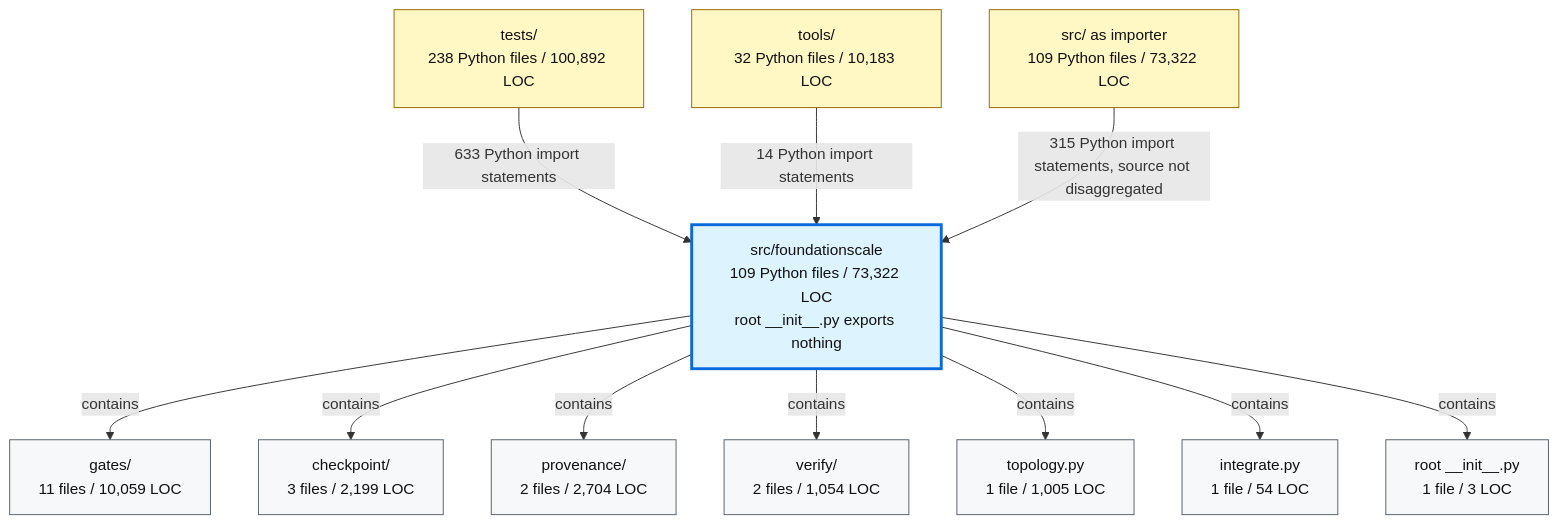
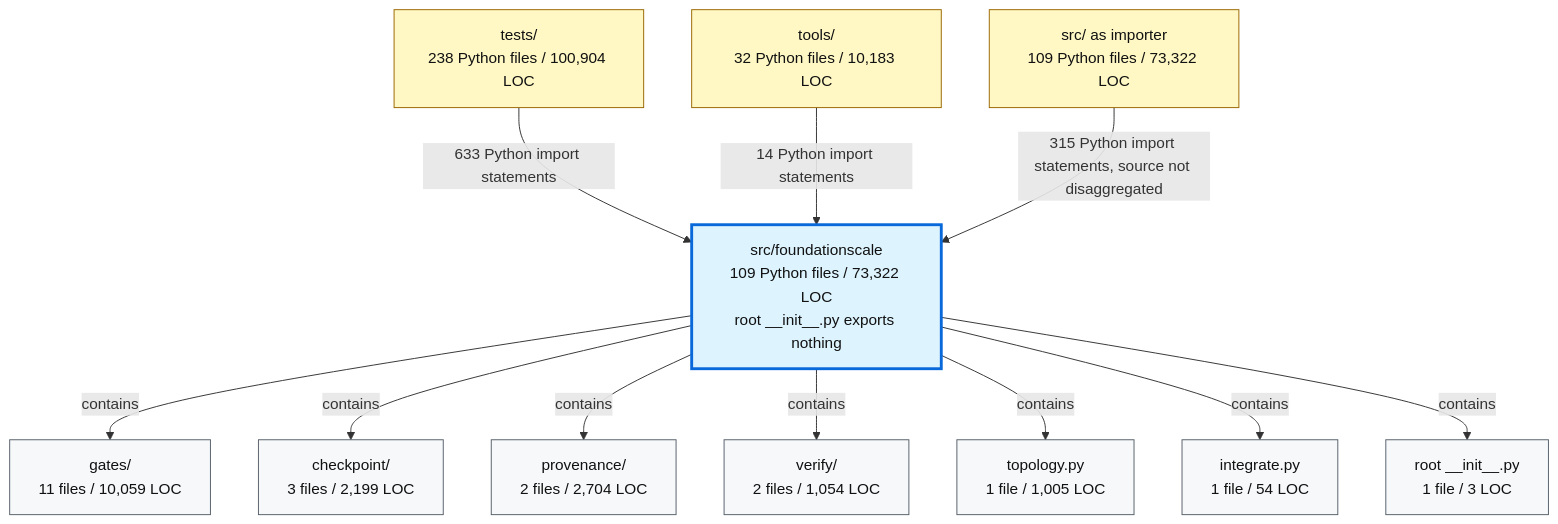
Before and after one commit to TranNhiem/FoundationScale: the second of 2 diagrams in docs/review/D2_current_architecture.md, drawn with Mermaid. The commit also changed 13 other files, not shown here.

First line of the commit message:
agentic_rl tests: fix the Python < 3.12 protocol check; cut suite time; raise mutation shard walls

````diff
--- a/docs/review/D2_current_architecture.md
+++ b/docs/review/D2_current_architecture.md
@@ -97,36 +97,36 @@
 ```mermaid
 flowchart TB
-  TESTS["tests/<br/>238 Python files / 100,892 LOC"]
+  TESTS["tests/<br/>238 Python files / 100,904 LOC"]
   TOOLS["tools/<br/>32 Python files / 10,183 LOC"]
   SRC["src/ as importer<br/>109 Python files / 73,322 LOC"]
 
   FS["src/foundationscale<br/>109 Python files / 73,322 LOC<br/>root __init__.py exports nothing"]
 
   GATES["gates/<br/>11 files / 10,059 LOC"]
   CKPT["checkpoint/<br/>3 files / 2,199 LOC"]
   PROV["provenance/<br/>2 files / 2,704 LOC"]
   VERIFY["verify/<br/>2 files / 1,054 LOC"]
   TOPO["topology.py<br/>1 file / 1,005 LOC"]
   INTEG["integrate.py<br/>1 file / 54 LOC"]
   ROOT["root __init__.py<br/>1 file / 3 LOC"]
 
   TESTS -->|"633 Python import statements"| FS
   TOOLS -->|"14 Python import statements"| FS
   SRC -->|"315 Python import statements, source not disaggregated"| FS
 
   FS -->|"contains"| GATES
   FS -->|"contains"| CKPT
   FS -->|"contains"| PROV
   FS -->|"contains"| VERIFY
   FS -->|"contains"| TOPO
   FS -->|"contains"| INTEG
   FS -->|"contains"| ROOT
 
   classDef consumer fill:#fff8c5,stroke:#9a6700,color:#111;
   classDef package fill:#ddf4ff,stroke:#0969da,stroke-width:3px,color:#111;
   classDef module fill:#f6f8fa,stroke:#57606a,color:#111;
 
   class TESTS,TOOLS,SRC consumer;
   class FS package;
   class GATES,CKPT,PROV,VERIFY,TOPO,INTEG,ROOT module;
 ```
````
